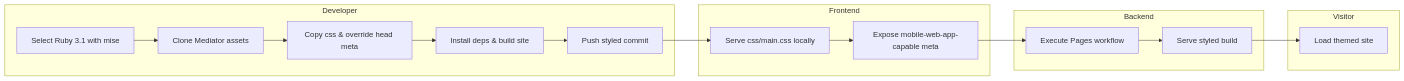
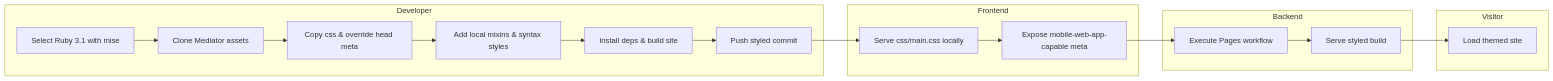
The sixth of 6 diagrams in README.md (muyueh/Jekyll), drawn with Mermaid before and after one commit. The commit also changed other lines of this file and 2 other files, not shown here.

Commit message:
Patch Sass dependencies for local build

````diff
--- a/README.md
+++ b/README.md
@@ -97,23 +105,24 @@
 ```mermaid
 flowchart LR
     subgraph Developer
         D1[Select Ruby 3.1 with mise]
         D2[Clone Mediator assets]
         D3[Copy css & override head meta]
-        D4[Install deps & build site]
-        D5[Push styled commit]
+        D4[Add local mixins & syntax styles]
+        D5[Install deps & build site]
+        D6[Push styled commit]
     end
     subgraph Frontend
         F1[Serve css/main.css locally]
         F2[Expose mobile-web-app-capable meta]
     end
     subgraph Backend
         B1[Execute Pages workflow]
         B2[Serve styled build]
     end
     subgraph Visitor
         V1[Load themed site]
     end
 
-    D1 --> D2 --> D3 --> D4 --> D5 --> F1 --> F2 --> B1 --> B2 --> V1
+    D1 --> D2 --> D3 --> D4 --> D5 --> D6 --> F1 --> F2 --> B1 --> B2 --> V1
 ```
````
